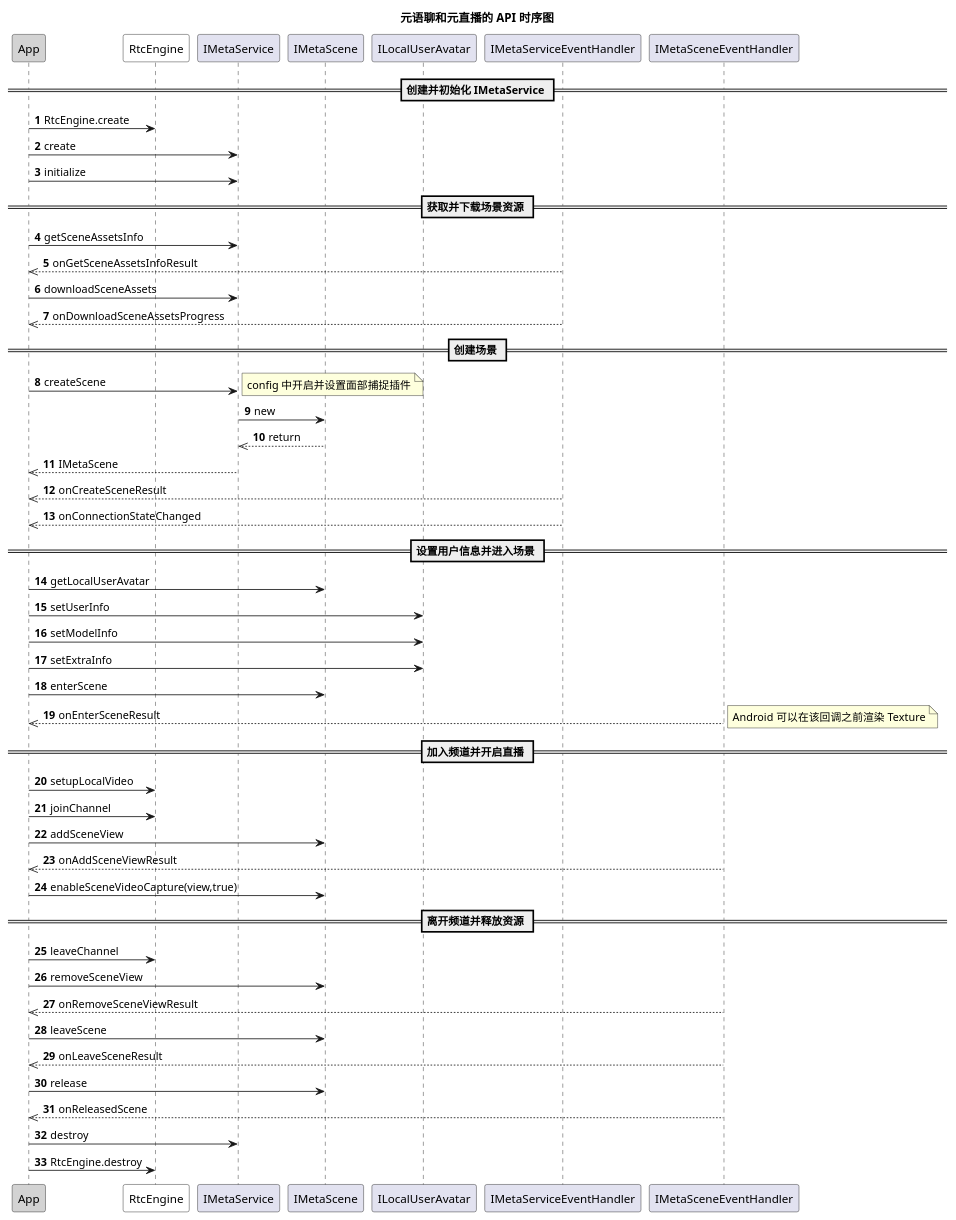
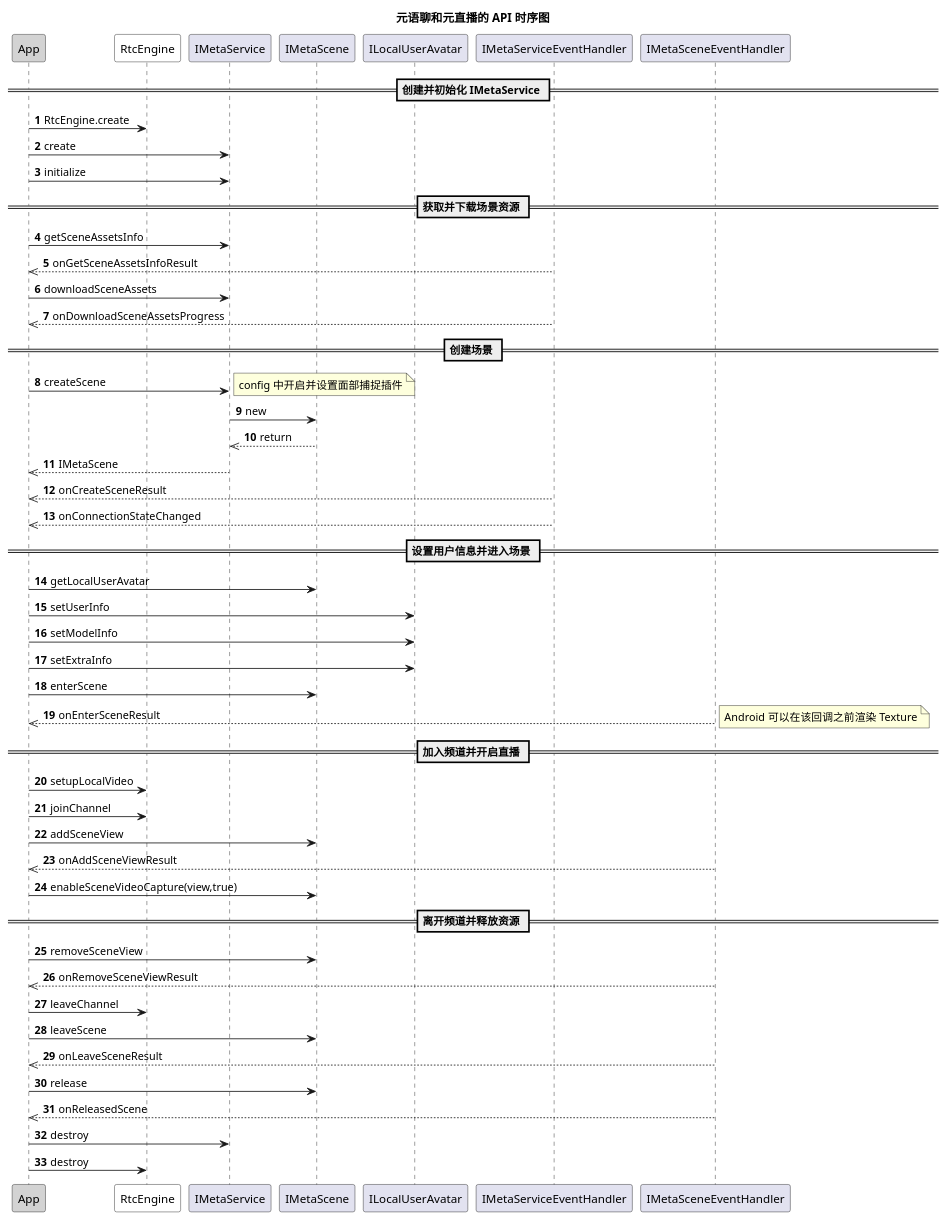
One commit to AgoraIO/agora_doc_source changed the diagram in markdown/metaworld/pic/android_mixed_api.wsd. Above: the diagram before and after it, drawn with PlantUML. The commit also changed 5 other files, not shown here.

```diff
--- a/markdown/metaworld/pic/android_mixed_api.wsd
+++ b/markdown/metaworld/pic/android_mixed_api.wsd
@@ -1,56 +1,56 @@
 @startuml
 autonumber
 title 元语聊和元直播的 API 时序图
 participant "App" as app #LightGrey
 participant "RtcEngine" as rtc #White
 participant "IMetaService" as service
 participant "IMetaScene" as scene
 participant "ILocalUserAvatar" as avatar
 participant "IMetaServiceEventHandler" as serviceevent
 participant "IMetaSceneEventHandler" as sceneevent
 == 创建并初始化 IMetaService ==
 app -> rtc: RtcEngine.create
 app -> service: create
 app -> service: initialize
 == 获取并下载场景资源 ==
 app -> service: getSceneAssetsInfo
 serviceevent -->> app: onGetSceneAssetsInfoResult
 app -> service: downloadSceneAssets
 serviceevent -->> app: onDownloadSceneAssetsProgress
 == 创建场景 ==
 app -> service: createScene
 note right
 config 中开启并设置面部捕捉插件
 end note
 service -> scene: new
 scene -->> service: return
 service -->> app: IMetaScene
 serviceevent -->> app: onCreateSceneResult
 serviceevent -->> app: onConnectionStateChanged
 == 设置用户信息并进入场景 ==
 app -> scene: getLocalUserAvatar
 app -> avatar: setUserInfo
 app -> avatar: setModelInfo
 app -> avatar: setExtraInfo
 app -> scene: enterScene
 sceneevent -->> app: onEnterSceneResult
 note right
 Android 可以在该回调之前渲染 Texture
 end note
 == 加入频道并开启直播 ==
 app -> rtc: setupLocalVideo
 app -> rtc: joinChannel
 app -> scene: addSceneView
 sceneevent -->> app: onAddSceneViewResult
 app -> scene: enableSceneVideoCapture(view,true)
 == 离开频道并释放资源 ==
-app -> rtc: leaveChannel
 app -> scene: removeSceneView
 sceneevent -->> app: onRemoveSceneViewResult
+app -> rtc: leaveChannel
 app -> scene: leaveScene
 sceneevent -->> app: onLeaveSceneResult
 app -> scene: release
 sceneevent -->> app: onReleasedScene
 app -> service: destroy
-app -> rtc: RtcEngine.destroy
+app -> rtc: destroy
 @enduml
```
